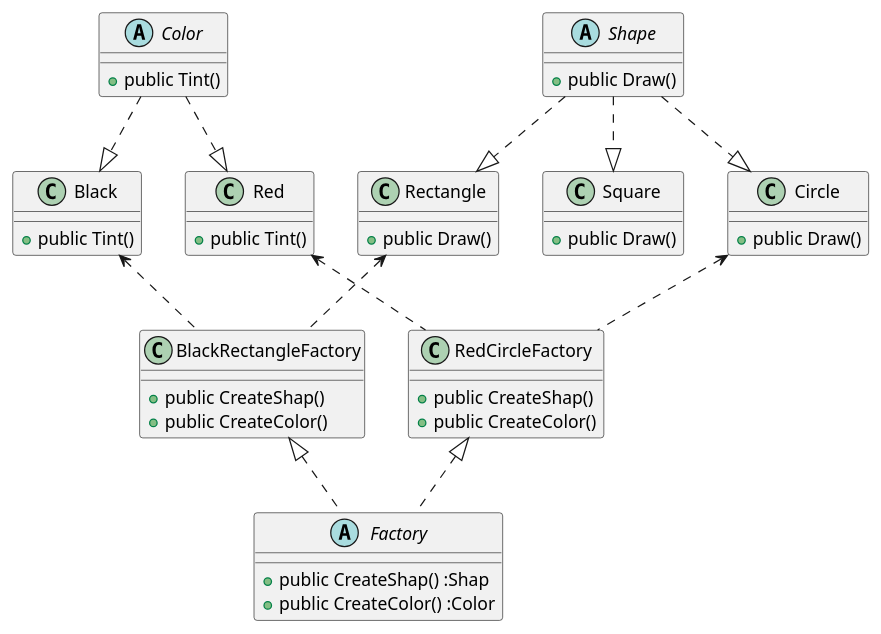
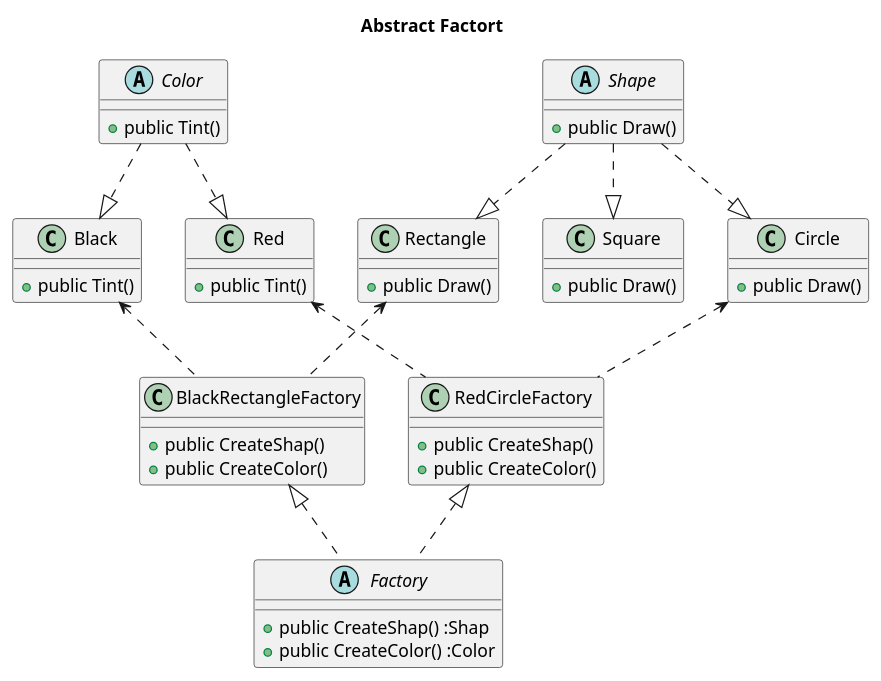
Before and after one commit to yueyangtian/Design-pattern: the diagram in UML/abstract_factory.puml, drawn with PlantUML. The commit also changed 3 other files, not shown here.

```diff
--- a/UML/abstract_factory.puml
+++ b/UML/abstract_factory.puml
@@ -1,56 +1,57 @@
 @startuml
+title Abstract Factort
 abstract class Shape {
     + public Draw() 
 }
 class Circle {
     + public Draw()
 }
 class Square {
     + public Draw()
 }
 class Rectangle {
     + public Draw()
 }
 
 abstract class Color {
     + public Tint() 
 }
 class Red {
     + public Tint()
 }
 class Black {
     + public Tint()
 }
 
 abstract class Factory {
     + public CreateShap() :Shap
     + public CreateColor() :Color
 }
 
 class RedCircleFactory {
     + public CreateShap()
     + public CreateColor()
 }
 
 class BlackRectangleFactory {
     + public CreateShap()
     + public CreateColor()
 }
 
 Circle <|.up. Shape
 Square <|.up. Shape
 Rectangle <|.up. Shape
 
 Red <|.up. Color
 Black <|.up. Color
 
 BlackRectangleFactory .up.> Rectangle
 BlackRectangleFactory .up.> Black
 
 RedCircleFactory .up.> Circle
 RedCircleFactory .up.> Red
 
 RedCircleFactory <|.. Factory
 BlackRectangleFactory <|.. Factory
 
 @enduml
```
